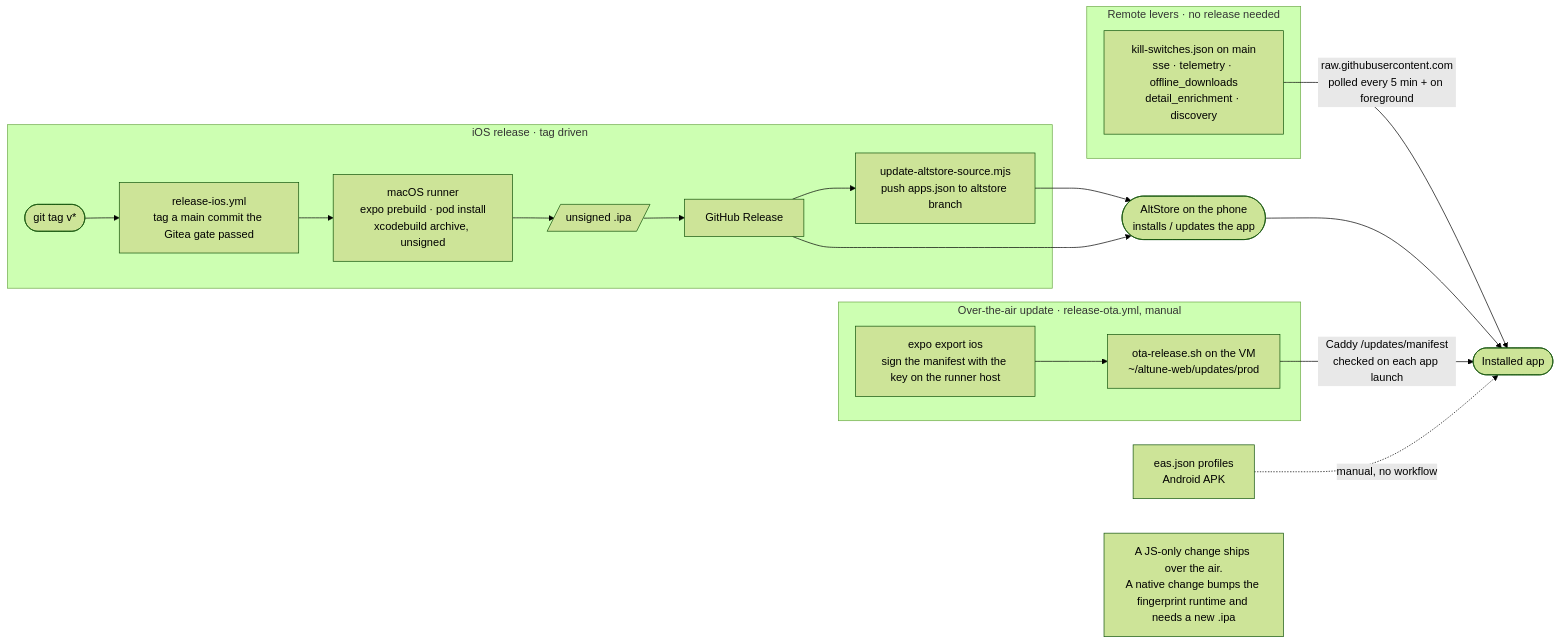
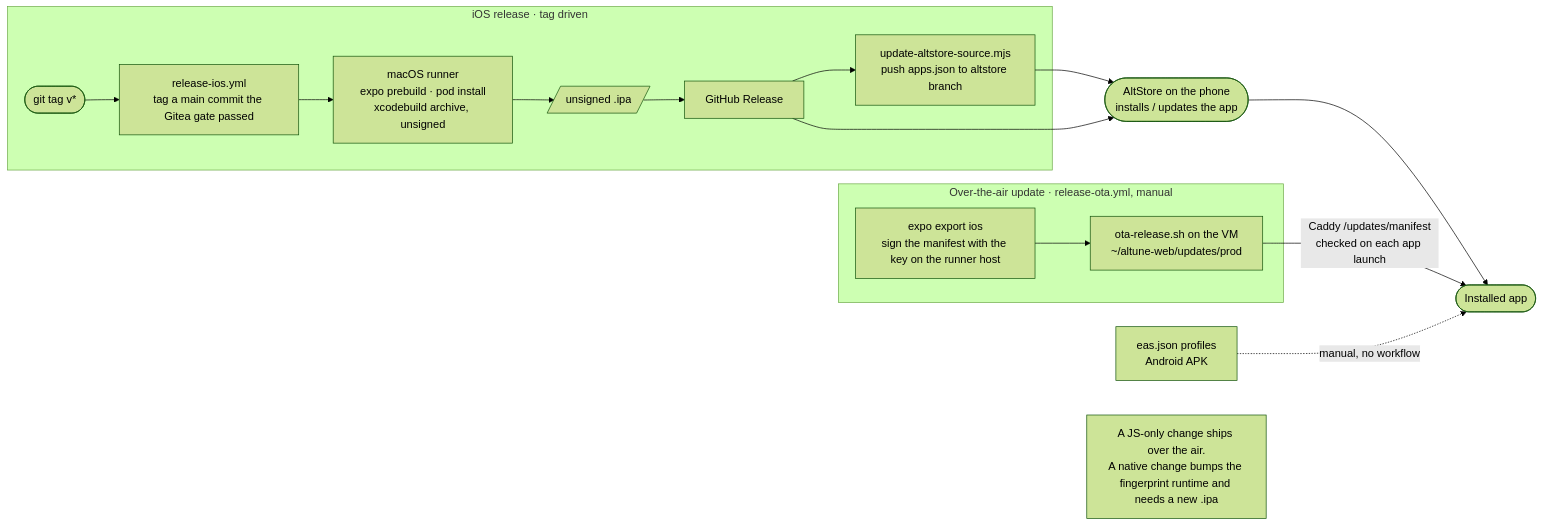
The second of 2 diagrams in docs/diagrams/delivery.md (aleburrascano/altune), drawn with Mermaid (forest theme) before and after one commit. The commit also changed 104 other files, not shown here.

````diff
--- a/docs/diagrams/delivery.md
+++ b/docs/diagrams/delivery.md
@@ -75,31 +75,26 @@
 ```mermaid
 flowchart LR
     subgraph ios [iOS release · tag driven]
         tag(["git tag v*"]) --> verify["release-ios.yml<br/>tag a main commit the Gitea gate passed"]
         verify --> build["macOS runner<br/>expo prebuild · pod install<br/>xcodebuild archive, unsigned"]
         build --> ipa[/"unsigned .ipa"/]
         ipa --> release["GitHub Release"]
         release --> source["update-altstore-source.mjs<br/>push apps.json to altstore branch"]
     end
 
     source --> altstore(["AltStore on the phone<br/>installs / updates the app"])
     release --> altstore
 
-    subgraph remote [Remote levers · no release needed]
-        ks["kill-switches.json on main<br/>sse · telemetry · offline_downloads<br/>detail_enrichment · discovery"]
-    end
-
-    ks -->|raw.githubusercontent.com<br/>polled every 5 min + on foreground| app(["Installed app"])
-    altstore --> app
+    altstore --> app(["Installed app"])
 
     subgraph ota [Over-the-air update · release-ota.yml, manual]
         export["expo export ios<br/>sign the manifest with the key on the runner host"] --> otaship["ota-release.sh on the VM<br/>~/altune-web/updates/prod"]
     end
 
     otaship -->|Caddy /updates/manifest<br/>checked on each app launch| app
 
     eas["eas.json profiles<br/>Android APK"] -.->|manual, no workflow| app
 
     note["A JS-only change ships over the air.<br/>A native change bumps the fingerprint runtime and needs a new .ipa"]
     note ~~~ app
 ```
````
